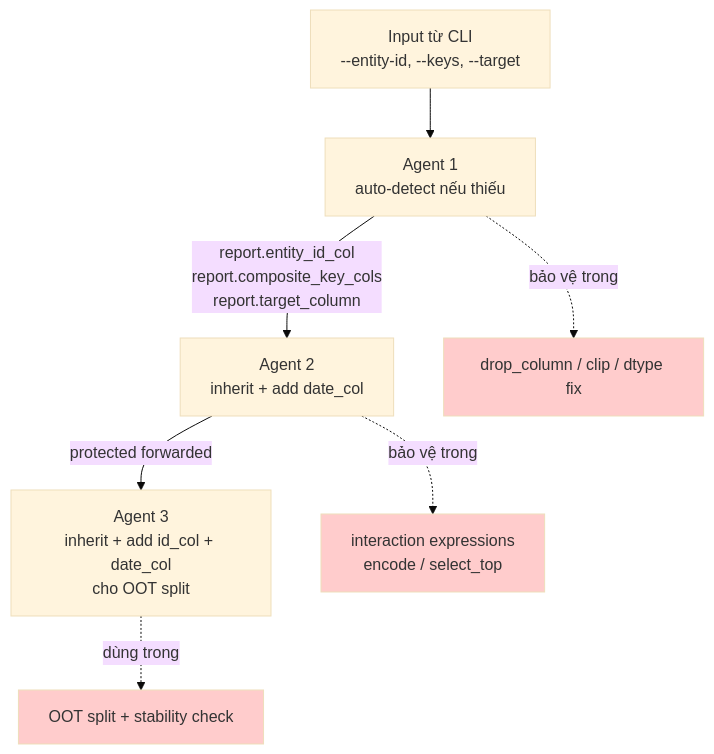
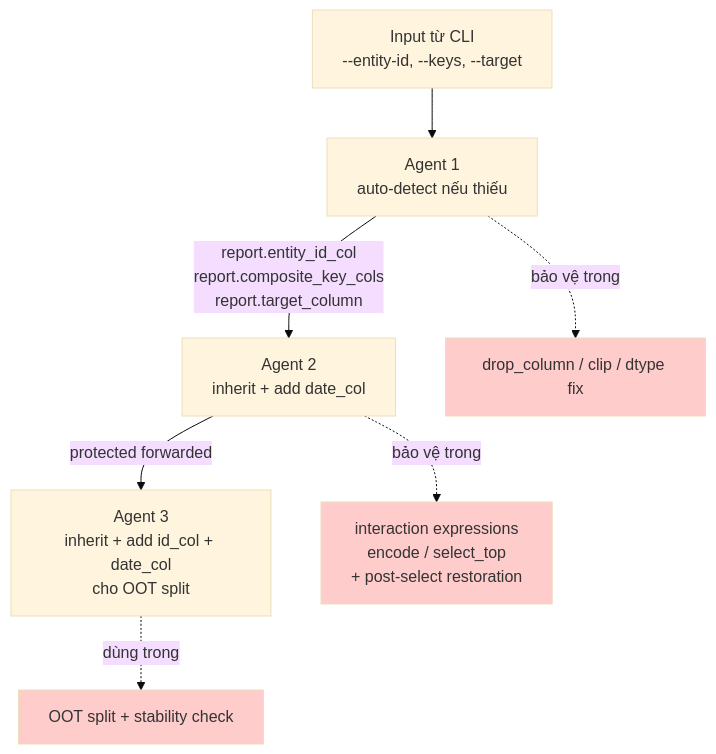
Diagram 25 of 25 in docs/architecture.md (baongoc83/Multi-Agent-Auto-ML_NB), drawn with Mermaid (base theme) before and after one commit. The commit also changed other lines of this file and 1 other file, not shown here.

First line of the commit message:
docs: rewrite README + architecture.md for fit-on-train + transform refactor

````diff
--- a/docs/architecture.md
+++ b/docs/architecture.md
@@ -630,15 +968,15 @@
 ```mermaid
 flowchart TD
     Input[Input từ CLI<br/>--entity-id, --keys, --target] --> A1
     A1[Agent 1<br/>auto-detect nếu thiếu] -->|report.entity_id_col<br/>report.composite_key_cols<br/>report.target_column| A2
     A2[Agent 2<br/>inherit + add date_col] -->|protected forwarded| A3
     A3[Agent 3<br/>inherit + add id_col + date_col<br/>cho OOT split]
 
     A1 -.bảo vệ trong.-> A1G[drop_column / clip / dtype fix]
-    A2 -.bảo vệ trong.-> A2G[interaction expressions<br/>encode / select_top]
+    A2 -.bảo vệ trong.-> A2G[interaction expressions<br/>encode / select_top<br/>+ post-select restoration]
     A3 -.dùng trong.-> A3G[OOT split + stability check]
 
     style A1G fill:#ffcccc
     style A2G fill:#ffcccc
     style A3G fill:#ffcccc
 ```
````
